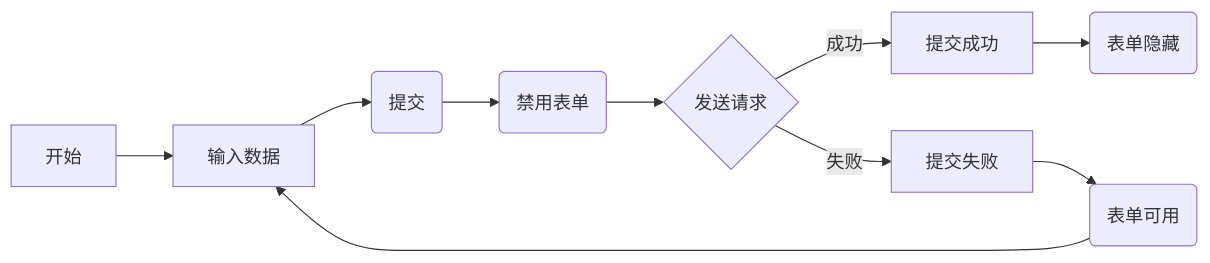
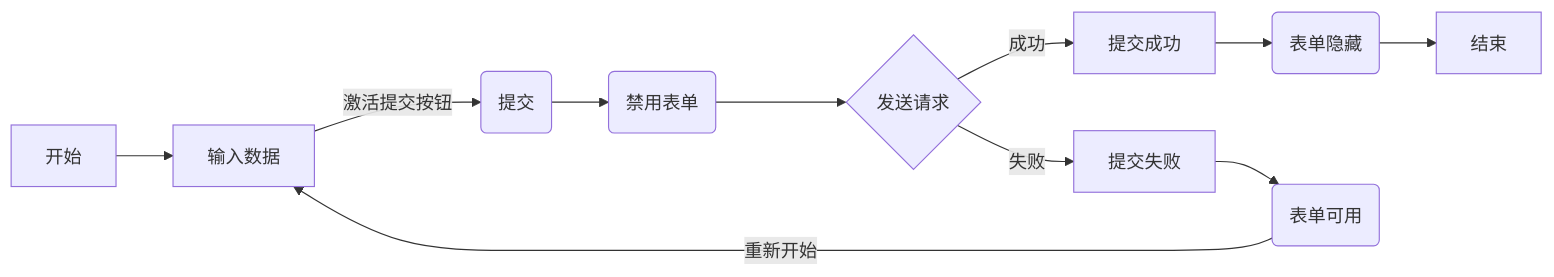
Before and after one commit to OSpoon/ospoon.cn: the first of 2 diagrams in docs/react/03-状态管理.md, drawn with Mermaid. The commit also changed other lines of this file, not shown here.

````diff
--- a/docs/react/03-状态管理.md
+++ b/docs/react/03-状态管理.md
@@ -16,12 +15,13 @@
 ```mermaid
 graph LR
 START[开始] --> INPUT[输入数据]
-ENABLE_FORM(表单可用) --> INPUT
-  INPUT --> SUBMIT(提交) 
+ENABLE_FORM(表单可用) -- 重新开始 --> INPUT
+  INPUT -- 激活提交按钮 --> SUBMIT(提交) 
     SUBMIT --> DISABLED_FORM(禁用表单)
       DISABLED_FORM --> REQUEST{发送请求}
         REQUEST --> |成功| SUCCESS[提交成功] 
           SUCCESS --> HIDDEN_FORM(表单隐藏) 
+          	HIDDEN_FORM --> END[结束]
         REQUEST --> |失败| FAIL[提交失败] 
           FAIL --> ENABLE_FORM 
 ```
````
